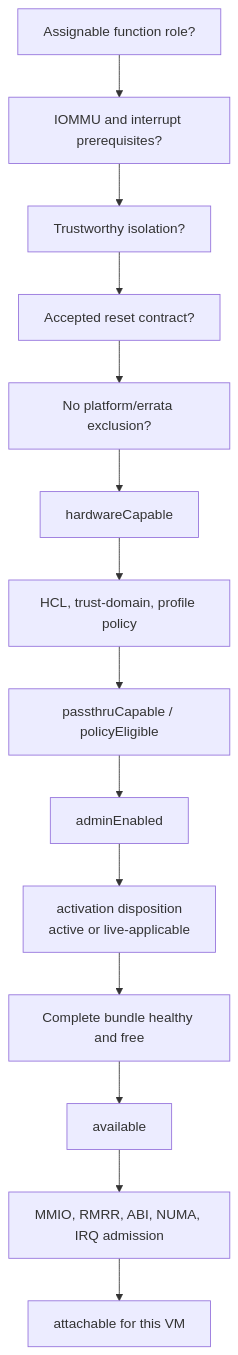
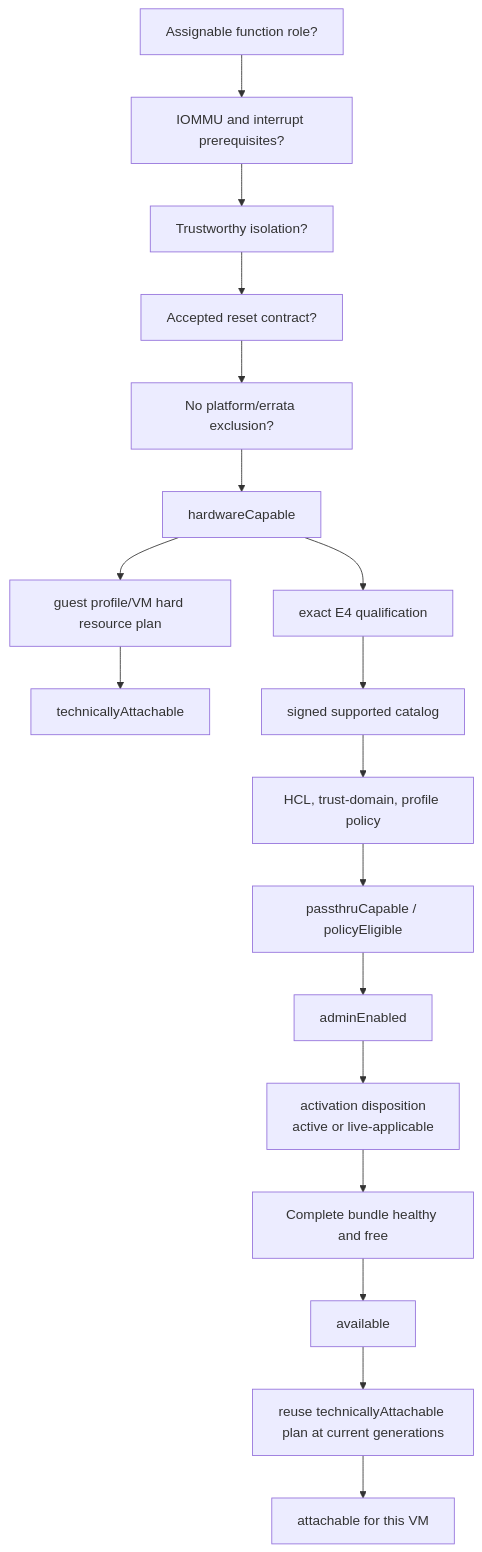
Before and after one commit to JoJoJoinme/pci-mmio-notes: the tenth of 21 diagrams in qemu-static-dynamic-directpath-design.md, drawn with Mermaid. The commit also changed other lines of this file and 69 other files, not shown here.

````diff
--- a/qemu-static-dynamic-directpath-design.md
+++ b/qemu-static-dynamic-directpath-design.md
@@ -978,16 +1000,20 @@
 ```mermaid
 flowchart TB
     ROLE["Assignable function role?"] --> HOST["IOMMU and interrupt prerequisites?"]
     HOST --> ISO["Trustworthy isolation?"]
     ISO --> RESET["Accepted reset contract?"]
     RESET --> EXCL["No platform/errata exclusion?"]
     EXCL --> HC["hardwareCapable"]
-    HC --> POLICY["HCL, trust-domain, profile policy"]
+    HC --> TECH["guest profile/VM hard resource plan"]
+    TECH --> TA["technicallyAttachable"]
+    HC --> QUAL["exact E4 qualification"]
+    QUAL --> CAT["signed supported catalog"]
+    CAT --> POLICY["HCL, trust-domain, profile policy"]
     POLICY --> PC["passthruCapable / policyEligible"]
     PC --> ENABLE["adminEnabled"]
     ENABLE --> ACT["activation disposition<br/>active or live-applicable"]
     ACT --> FREE["Complete bundle healthy and free"]
     FREE --> AVAIL["available"]
-    AVAIL --> VM["MMIO, RMRR, ABI, NUMA, IRQ admission"]
+    AVAIL --> VM["reuse technicallyAttachable plan at current generations"]
     VM --> ATTACH["attachable for this VM"]
 ```
````
